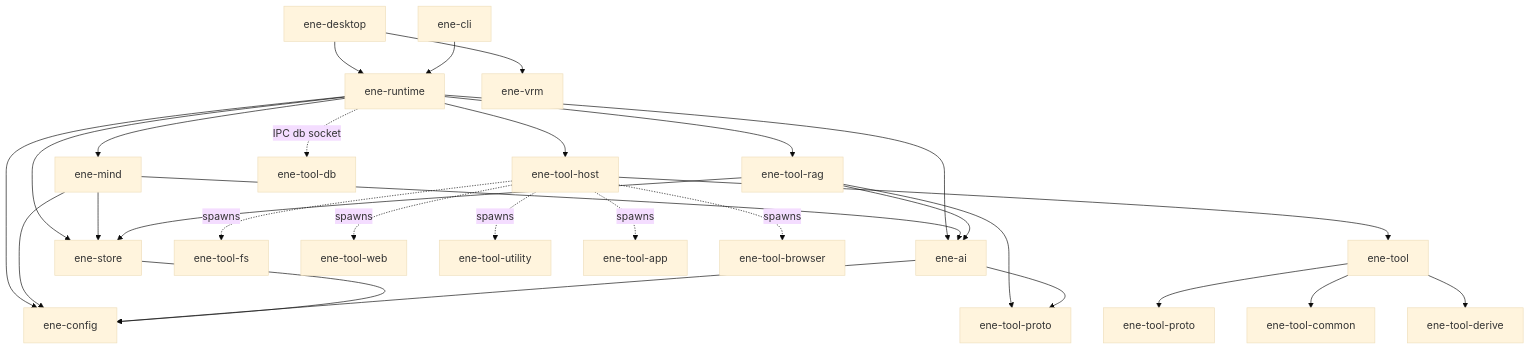
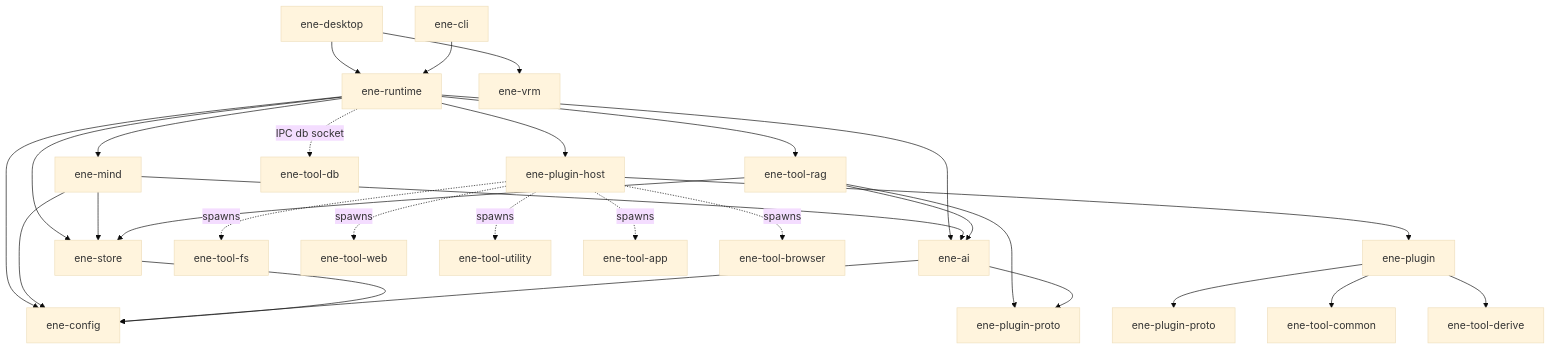
Before and after one commit to pexisgle/ene: the first of 2 diagrams in docs/reference/spec/index.md, drawn with Mermaid (base theme). The commit also changed other lines of this file and 68 other files, not shown here.

````diff
--- a/docs/reference/spec/index.md
+++ b/docs/reference/spec/index.md
@@ -14,42 +14,42 @@
 ```mermaid
 flowchart TD
     %% Application Layer
     Desktop[ene-desktop] --> Runtime[ene-runtime]
     Desktop --> Vrm[ene-vrm]
     CLI[ene-cli] --> Runtime
 
     %% Runtime & Host Layer
     Runtime --> Mind[ene-mind]
     Runtime --> Store[ene-store]
     Runtime --> Ai[ene-ai]
-    Runtime --> ToolHost[ene-tool-host]
+    Runtime --> ToolHost[ene-plugin-host]
     Runtime --> ToolRag[ene-tool-rag]
     Runtime --> Config[ene-config]
     Runtime -.->|IPC db socket| ToolDb[ene-tool-db]
 
     %% Cognitive & Session Layer
     Mind --> Store
     Mind --> Config
     Mind --> Ai
 
     %% Tool & Retrieval Layer
-    ToolHost --> Tool[ene-tool]
+    ToolHost --> Tool[ene-plugin]
     ToolRag --> Ai
     ToolRag --> Store
-    ToolRag --> ToolProto[ene-tool-proto]
+    ToolRag --> ToolProto[ene-plugin-proto]
     Ai --> Config
     Ai --> ToolProto
     Store --> Config
 
     %% Tool SDK Infrastructure
-    Tool --> Proto[ene-tool-proto]
+    Tool --> Proto[ene-plugin-proto]
     Tool --> CommonTool[ene-tool-common]
     Tool --> Derive[ene-tool-derive]
 
     %% Process boundaries (External tools spawned via IPC)
     ToolHost -.spawns.-> ToolFs[ene-tool-fs]
     ToolHost -.spawns.-> ToolWeb[ene-tool-web]
     ToolHost -.spawns.-> ToolUtil[ene-tool-utility]
     ToolHost -.spawns.-> ToolApp[ene-tool-app]
     ToolHost -.spawns.-> ToolBrowser[ene-tool-browser]
 ```
````
